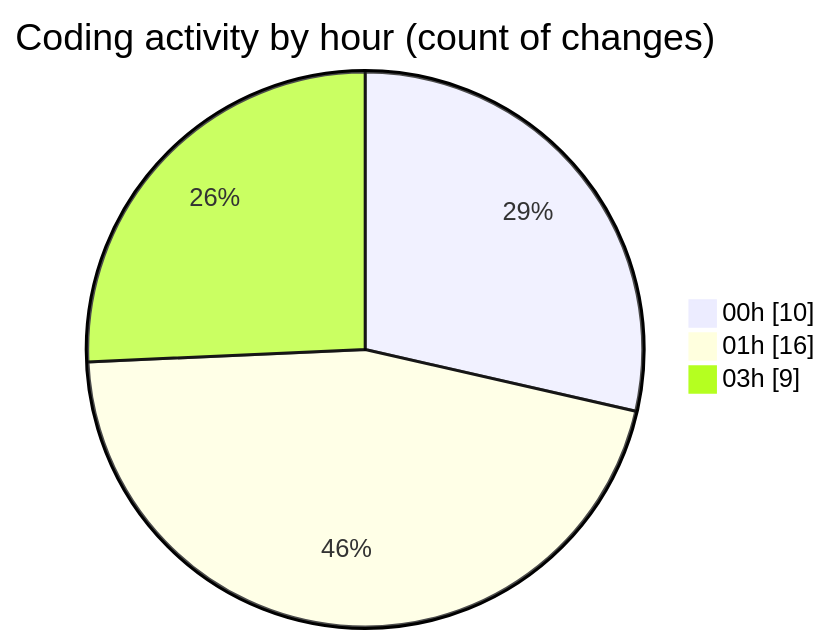
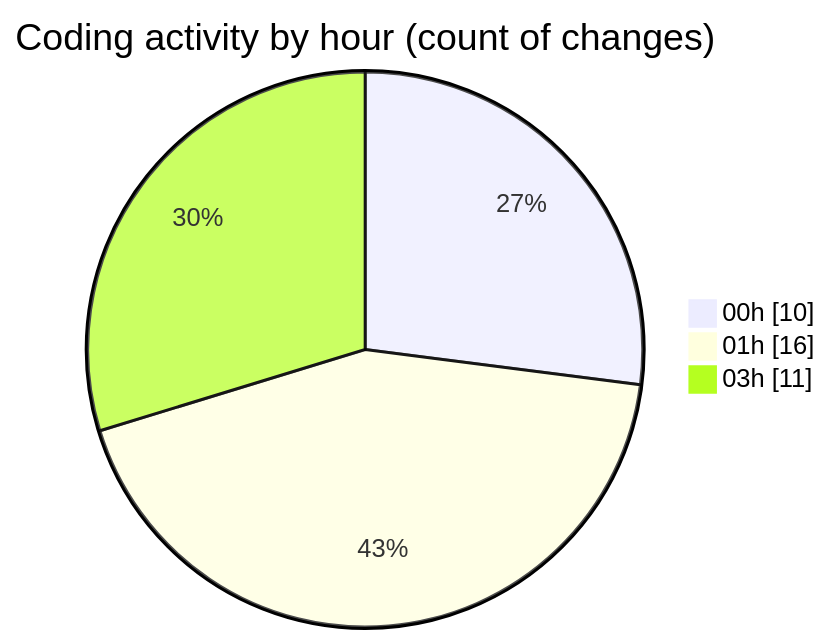
Before and after one commit to lephambinh05/code-tracking: the second of 2 diagrams in 2025-07-30/appproject/README.md, drawn with Mermaid. The commit also changed other lines of this file and 1 other file, not shown here.

````diff
--- a/2025-07-30/appproject/README.md
+++ b/2025-07-30/appproject/README.md
@@ -44,7 +45,7 @@
 ```mermaid
 pie showData
 title Coding activity by hour (count of changes)
 "00h" : 10
 "01h" : 16
-"03h" : 9
+"03h" : 11
 ```
````
